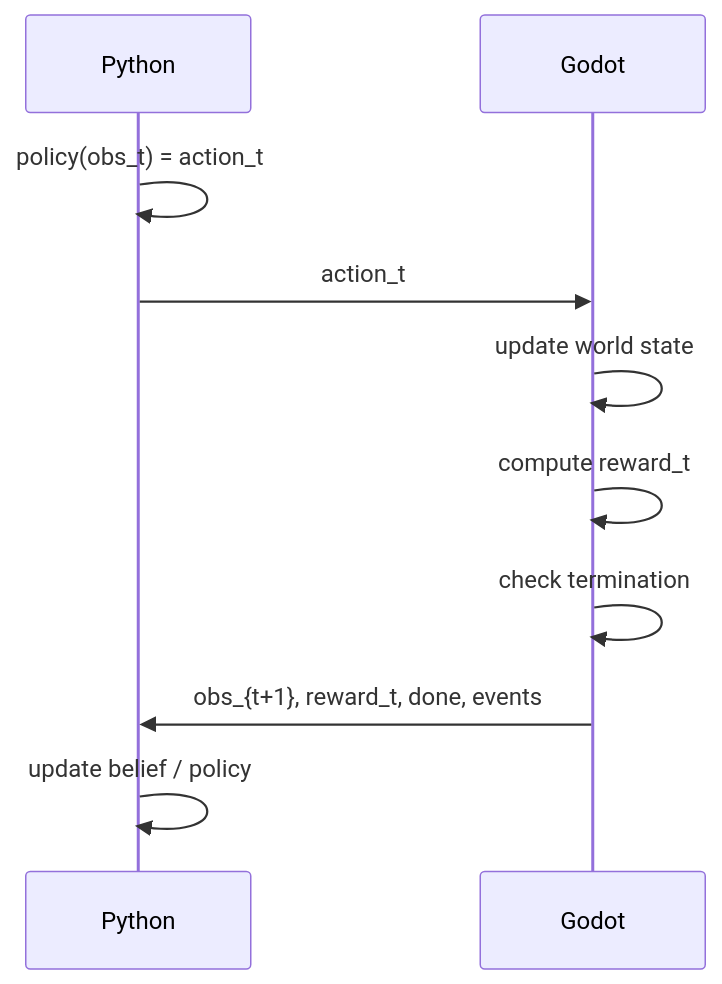
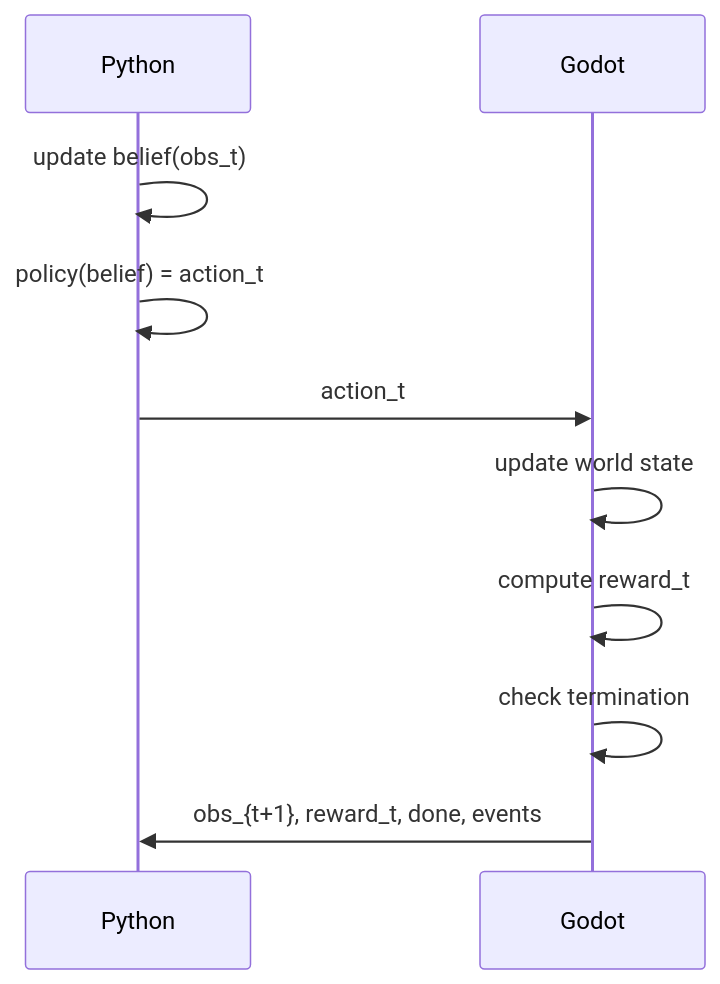
Before and after one commit to PoKai-H/POMOBA: the diagram in docs/project_spec.md, drawn with Mermaid. The commit also changed other lines of this file and 1 other file, not shown here.

````diff
--- a/docs/project_spec.md
+++ b/docs/project_spec.md
@@ -99,15 +99,16 @@
 ```mermaid
 sequenceDiagram
 
 participant Python
 participant Godot
 
-Python->>Python: policy(obs_t) = action_t
+Python->>Python: update belief(obs_t)
+Python->>Python: policy(belief) = action_t
 Python->>Godot: action_t
 Godot->>Godot: update world state
 Godot->>Godot: compute reward_t
 Godot->>Godot: check termination
 Godot->>Python: obs_{t+1}, reward_t, done, events
-Python->>Python: update belief / policy
+
 
 ```
````
